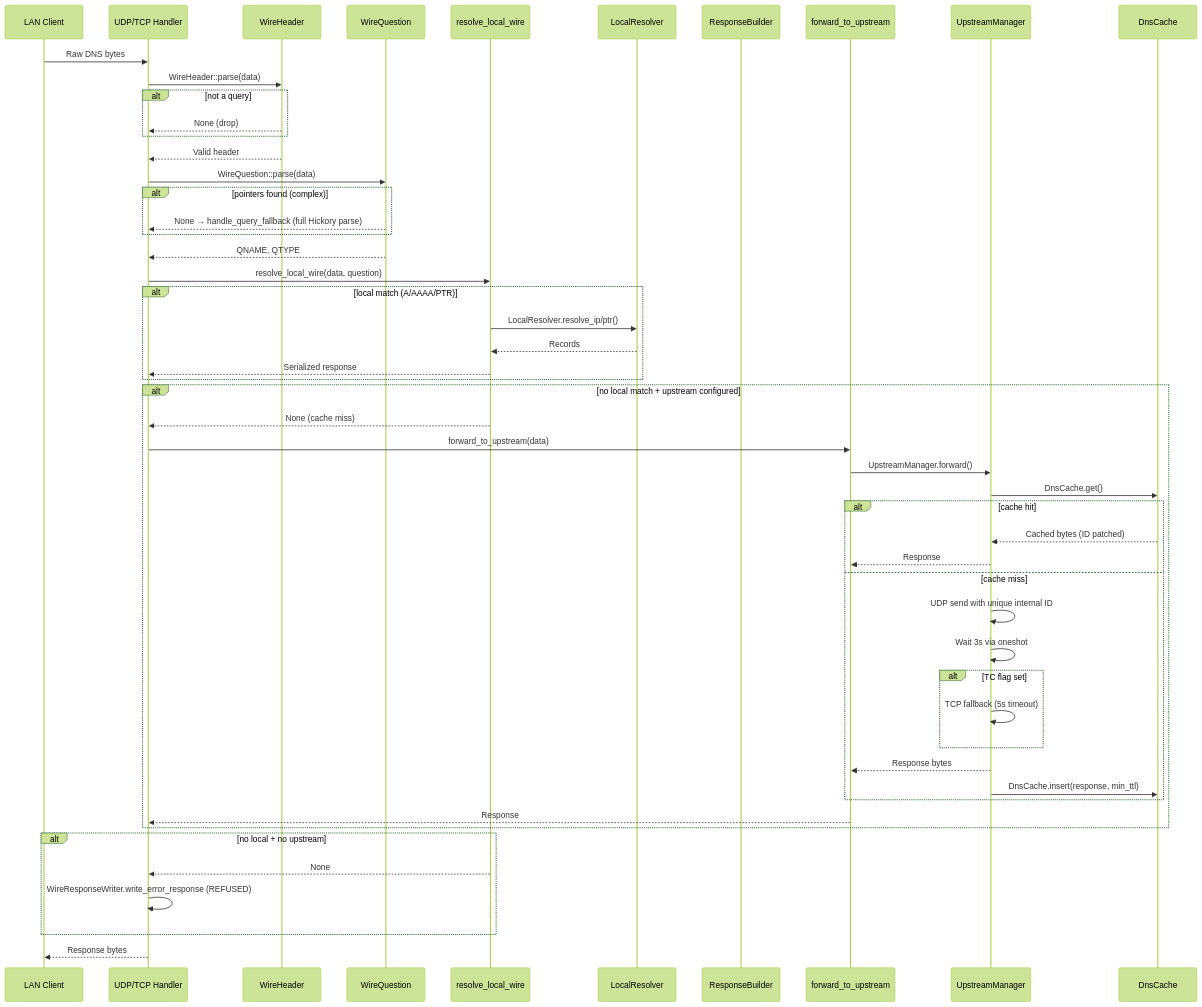
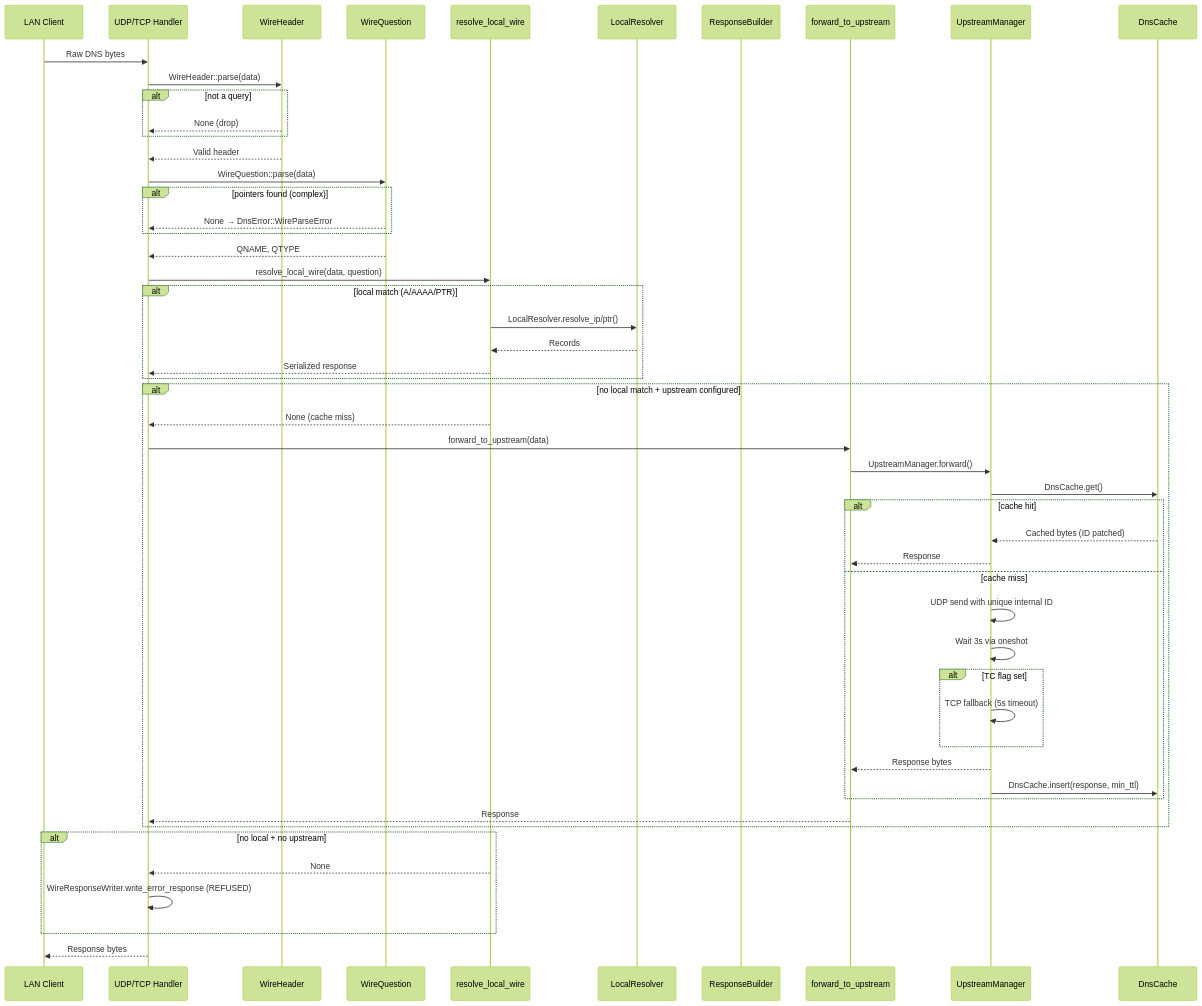
The second of 6 diagrams in lanforge-dns/LIBRARY_ARCH.md (FerrahWolfeh/lanforge), drawn with Mermaid (forest theme) before and after one commit. The commit also changed other lines of this file and 69 other files, not shown here.

Commit message:
refactor: implement modular DNS pipeline middleware and reorganize DNS server architecture

````diff
--- a/lanforge-dns/LIBRARY_ARCH.md
+++ b/lanforge-dns/LIBRARY_ARCH.md
@@ -55,61 +52,61 @@
 ```mermaid
 sequenceDiagram
     participant Client as LAN Client
     participant UDP as UDP/TCP Handler
     participant WH as WireHeader
     participant WQ as WireQuestion
     participant RLW as resolve_local_wire
     participant LR as LocalResolver
     participant RB as ResponseBuilder
     participant FU as forward_to_upstream
     participant UM as UpstreamManager
     participant DC as DnsCache
 
     Client->>UDP: Raw DNS bytes
     UDP->>WH: WireHeader::parse(data)
     alt not a query
         WH-->>UDP: None (drop)
     end
 
     WH-->>UDP: Valid header
     UDP->>WQ: WireQuestion::parse(data)
     alt pointers found (complex)
-        WQ-->>UDP: None → handle_query_fallback (full Hickory parse)
+        WQ-->>UDP: None → DnsError::WireParseError
     end
 
     WQ-->>UDP: QNAME, QTYPE
     UDP->>RLW: resolve_local_wire(data, question)
 
     alt local match (A/AAAA/PTR)
         RLW->>LR: LocalResolver.resolve_ip/ptr()
         LR-->>RLW: Records
         RLW-->>UDP: Serialized response
     end
 
     alt no local match + upstream configured
         RLW-->>UDP: None (cache miss)
         UDP->>FU: forward_to_upstream(data)
         FU->>UM: UpstreamManager.forward()
         UM->>DC: DnsCache.get()
         alt cache hit
             DC-->>UM: Cached bytes (ID patched)
             UM-->>FU: Response
         else cache miss
             UM->>UM: UDP send with unique internal ID
             UM->>UM: Wait 3s via oneshot
             alt TC flag set
                 UM->>UM: TCP fallback (5s timeout)
             end
             UM-->>FU: Response bytes
             UM->>DC: DnsCache.insert(response, min_ttl)
         end
         FU-->>UDP: Response
     end
 
     alt no local + no upstream
         RLW-->>UDP: None
         UDP->>UDP: WireResponseWriter.write_error_response (REFUSED)
     end
 
     UDP-->>Client: Response bytes
 ```
````
